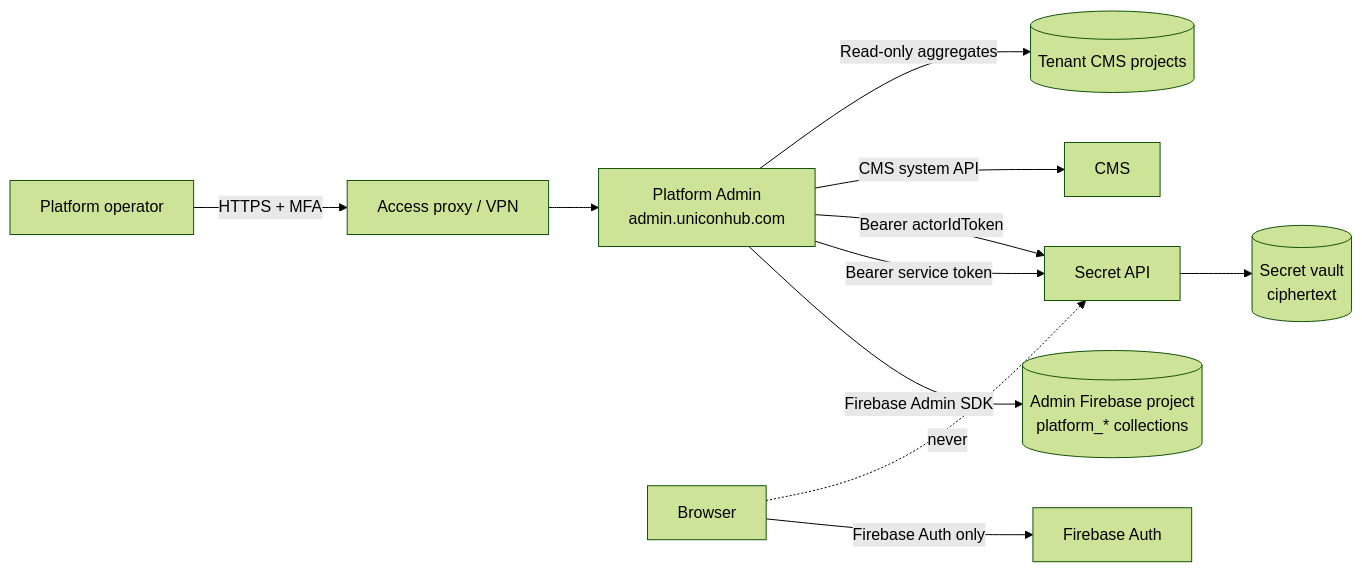
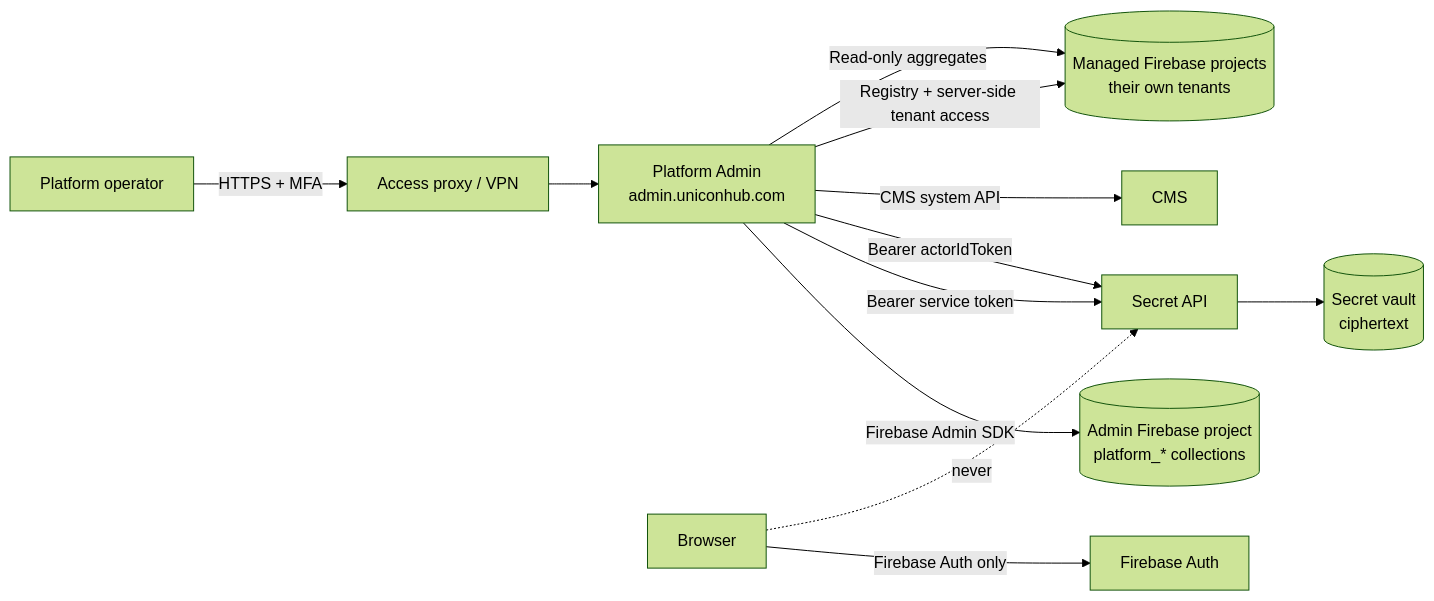
The diagram in README.md (sitepoi/u-admin), drawn with Mermaid (forest theme) before and after one commit. The commit also changed other lines of this file and 30 other files, not shown here.

````diff
--- a/README.md
+++ b/README.md
@@ -75,13 +75,14 @@
 ```mermaid
 flowchart LR
   Operator[Platform operator] -->|HTTPS + MFA| Proxy[Access proxy / VPN]
   Proxy --> Admin[Platform Admin<br/>admin.uniconhub.com]
   Admin -->|Firebase Admin SDK| AdminProject[(Admin Firebase project<br/>platform_* collections)]
   Admin -->|Bearer service token| SecretApi[Secret API]
   Admin -->|Bearer actorIdToken| SecretApi
   SecretApi --> Vault[(Secret vault<br/>ciphertext)]
   Admin -->|CMS system API| Cms[CMS]
-  Admin -->|Read-only aggregates| TenantProjects[(Tenant CMS projects)]
+  Admin -->|Registry + server-side tenant access| ManagedProjects[(Managed Firebase projects<br/>their own tenants)]
+  Admin -->|Read-only aggregates| ManagedProjects
   Browser[Browser] -->|Firebase Auth only| Firebase[Firebase Auth]
   Browser -.->|never| SecretApi
 ```
````
